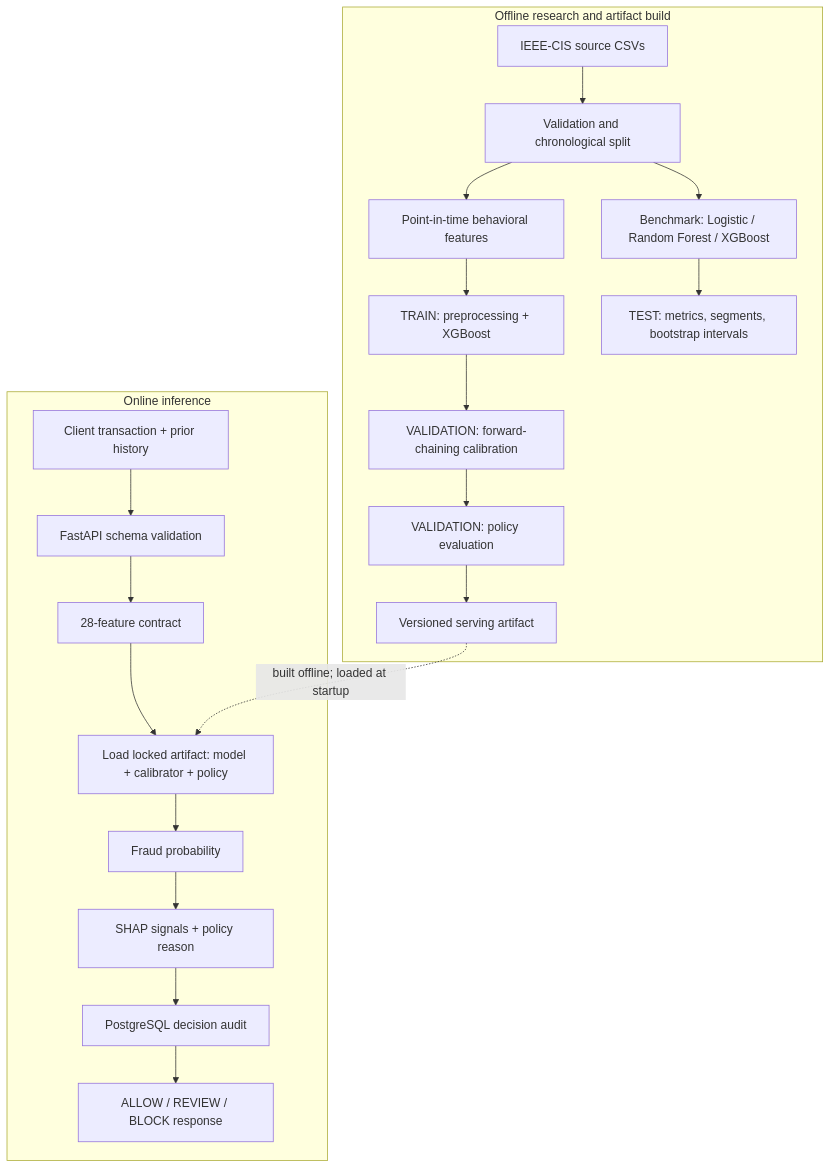
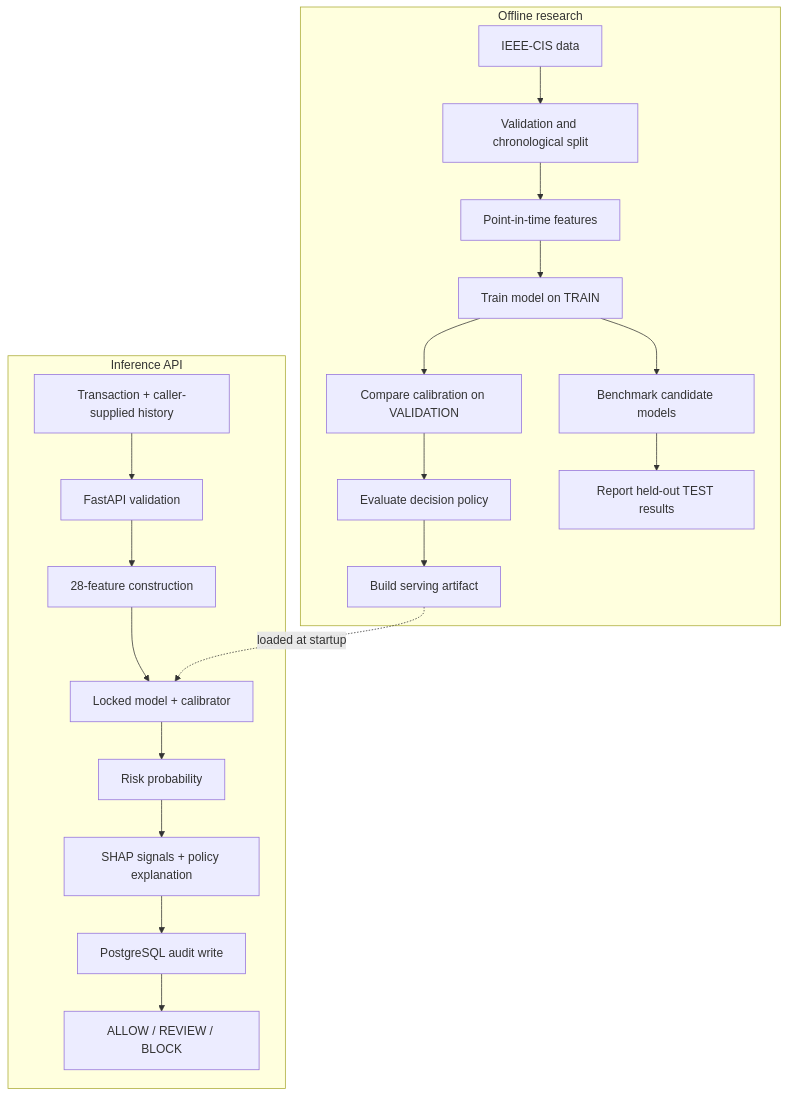
Before and after one commit to Sujeet-Kona/RiskForge: the diagram in README.md, drawn with Mermaid. The commit also changed other lines of this file, not shown here.

````diff
--- a/README.md
+++ b/README.md
@@ -40,23 +26,23 @@
 ```mermaid
 flowchart TB
-  subgraph Research["Offline research and artifact build"]
-    D["IEEE-CIS source CSVs"] --> V["Validation and chronological split"]
-    V --> F["Point-in-time behavioral features"]
-    F --> T["TRAIN: preprocessing + XGBoost"]
-    T --> C["VALIDATION: forward-chaining calibration"]
-    C --> P["VALIDATION: policy evaluation"]
-    P --> A["Versioned serving artifact"]
-    V --> E["Benchmark: Logistic / Random Forest / XGBoost"]
-    E --> R["TEST: metrics, segments, bootstrap intervals"]
+  subgraph Offline["Offline research"]
+    D["IEEE-CIS data"] --> S["Validation and chronological split"]
+    S --> F["Point-in-time features"]
+    F --> M["Train model on TRAIN"]
+    M --> C["Compare calibration on VALIDATION"]
+    C --> P["Evaluate decision policy"]
+    P --> A["Build serving artifact"]
+    M --> B["Benchmark candidate models"]
+    B --> T["Report held-out TEST results"]
   end
-  subgraph Serving["Online inference"]
-    Q["Client transaction + prior history"] --> API["FastAPI schema validation"]
-    API --> FE["28-feature contract"]
-    FE --> M["Load locked artifact: model + calibrator + policy"]
-    M --> S["Fraud probability"]
-    S --> X["SHAP signals + policy reason"]
-    X --> DB["PostgreSQL decision audit"]
-    DB --> RESP["ALLOW / REVIEW / BLOCK response"]
+  subgraph Online["Inference API"]
+    Q["Transaction + caller-supplied history"] --> V["FastAPI validation"]
+    V --> X["28-feature construction"]
+    X --> I["Locked model + calibrator"]
+    I --> R["Risk probability"]
+    R --> E["SHAP signals + policy explanation"]
+    E --> DB["PostgreSQL audit write"]
+    DB --> O["ALLOW / REVIEW / BLOCK"]
   end
-  A -. "built offline; loaded at startup" .-> M
+  A -. "loaded at startup" .-> I
 ```
````
